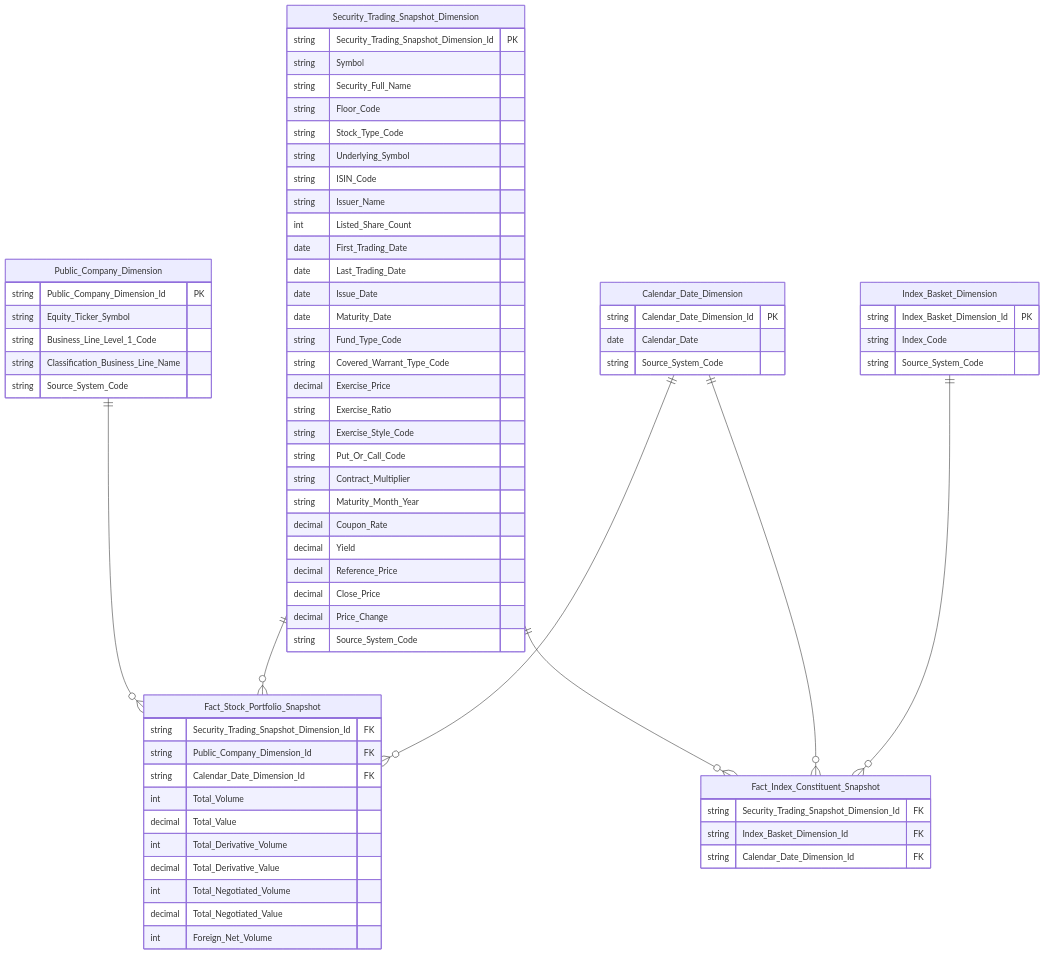
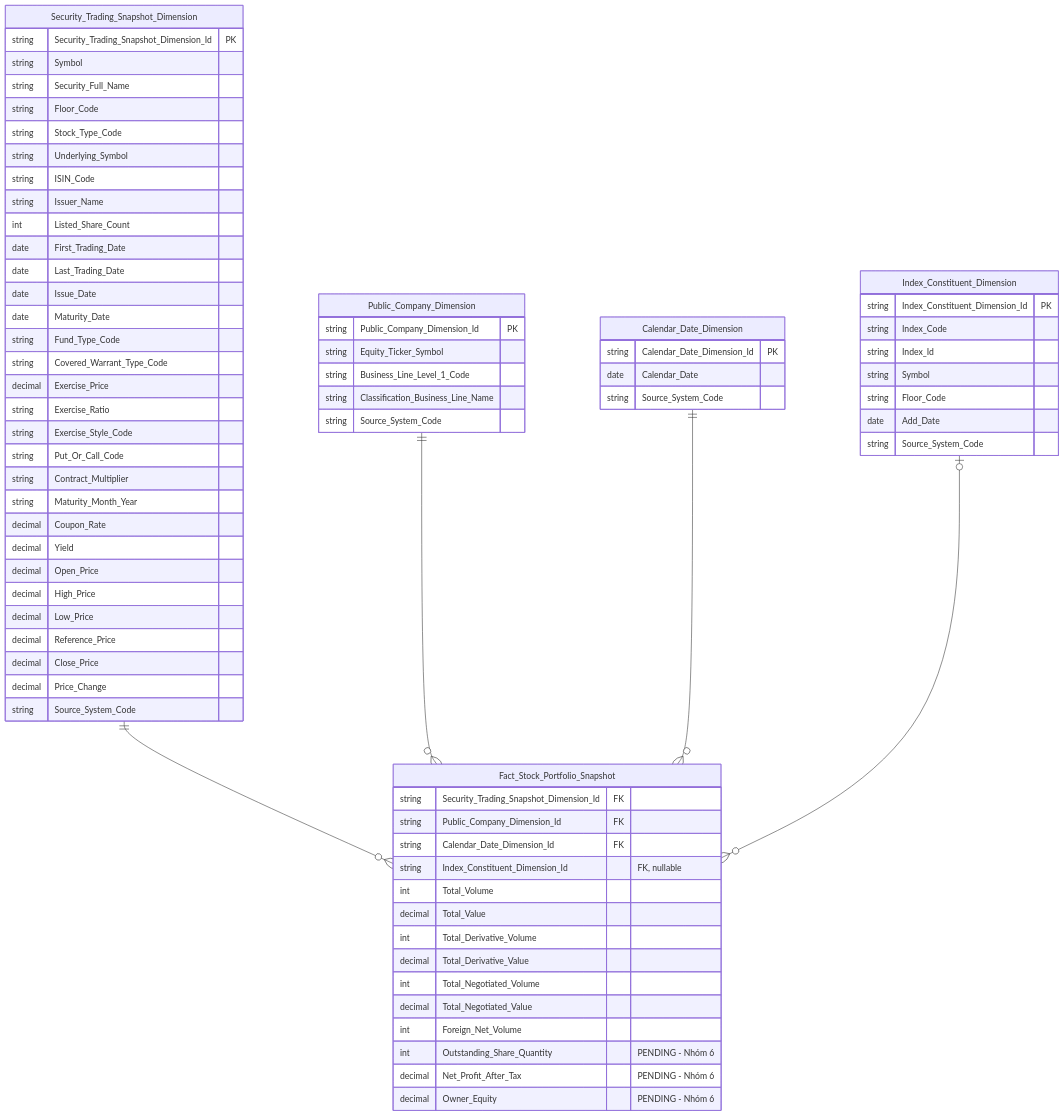
One commit to linhlvit/ubck_atomic_design changed the fourth of 12 diagrams in Datamart/hld/DTM_GSTT_HLD.md. Above: the diagram before and after it, drawn with Mermaid. The commit also changed other lines of this file and 7 other files, not shown here.

````diff
--- a/Datamart/hld/DTM_GSTT_HLD.md
+++ b/Datamart/hld/DTM_GSTT_HLD.md
@@ -121,72 +158,76 @@
 ```mermaid
 erDiagram
     Security_Trading_Snapshot_Dimension {
         string Security_Trading_Snapshot_Dimension_Id PK
         string Symbol
         string Security_Full_Name
         string Floor_Code
         string Stock_Type_Code
         string Underlying_Symbol
         string ISIN_Code
         string Issuer_Name
         int Listed_Share_Count
         date First_Trading_Date
         date Last_Trading_Date
         date Issue_Date
         date Maturity_Date
         string Fund_Type_Code
         string Covered_Warrant_Type_Code
         decimal Exercise_Price
         string Exercise_Ratio
         string Exercise_Style_Code
         string Put_Or_Call_Code
         string Contract_Multiplier
         string Maturity_Month_Year
         decimal Coupon_Rate
         decimal Yield
+        decimal Open_Price
+        decimal High_Price
+        decimal Low_Price
         decimal Reference_Price
         decimal Close_Price
         decimal Price_Change
         string Source_System_Code
     }
     Public_Company_Dimension {
         string Public_Company_Dimension_Id PK
         string Equity_Ticker_Symbol
         string Business_Line_Level_1_Code
         string Classification_Business_Line_Name
         string Source_System_Code
     }
     Calendar_Date_Dimension {
         string Calendar_Date_Dimension_Id PK
         date Calendar_Date
         string Source_System_Code
     }
+    Index_Constituent_Dimension {
+        string Index_Constituent_Dimension_Id PK
+        string Index_Code
+        string Index_Id
+        string Symbol
+        string Floor_Code
+        date Add_Date
+        string Source_System_Code
+    }
     Fact_Stock_Portfolio_Snapshot {
         string Security_Trading_Snapshot_Dimension_Id FK
         string Public_Company_Dimension_Id FK
         string Calendar_Date_Dimension_Id FK
+        string Index_Constituent_Dimension_Id "FK, nullable"
         int Total_Volume
         decimal Total_Value
         int Total_Derivative_Volume
         decimal Total_Derivative_Value
         int Total_Negotiated_Volume
         decimal Total_Negotiated_Value
         int Foreign_Net_Volume
-    }
-    Index_Basket_Dimension {
-        string Index_Basket_Dimension_Id PK
-        string Index_Code
-        string Source_System_Code
-    }
-    Fact_Index_Constituent_Snapshot {
-        string Security_Trading_Snapshot_Dimension_Id FK
-        string Index_Basket_Dimension_Id FK
-        string Calendar_Date_Dimension_Id FK
+        int Outstanding_Share_Quantity "PENDING - Nhóm 6"
+        decimal Net_Profit_After_Tax "PENDING - Nhóm 6"
+        decimal Owner_Equity "PENDING - Nhóm 6"
     }
     Security_Trading_Snapshot_Dimension ||--o{ Fact_Stock_Portfolio_Snapshot : " "
     Public_Company_Dimension ||--o{ Fact_Stock_Portfolio_Snapshot : " "
     Calendar_Date_Dimension ||--o{ Fact_Stock_Portfolio_Snapshot : " "
-    Security_Trading_Snapshot_Dimension ||--o{ Fact_Index_Constituent_Snapshot : " "
-    Index_Basket_Dimension ||--o{ Fact_Index_Constituent_Snapshot : " "
-    Calendar_Date_Dimension ||--o{ Fact_Index_Constituent_Snapshot : " "
+    Index_Constituent_Dimension |o--o{ Fact_Stock_Portfolio_Snapshot : " "
 ```
````
